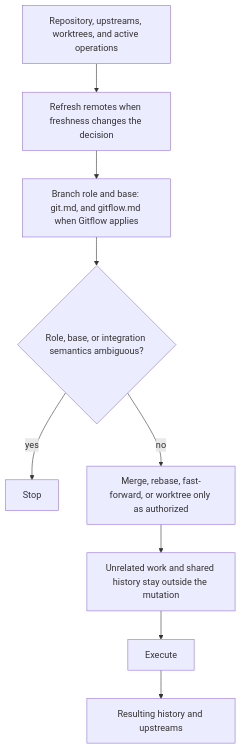
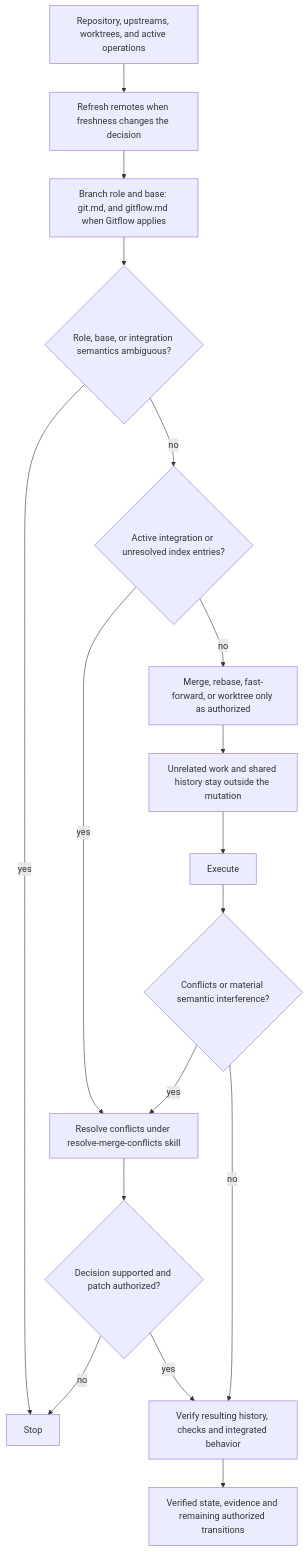
One commit to JadsonLucena/agent-toolkit changed the diagram in contexts/git/skills/manage-branch-work/SKILL.md. Above: the diagram before and after it, drawn with Mermaid. The commit also changed other lines of this file and 7 other files, not shown here.

````diff
--- a/contexts/git/skills/manage-branch-work/SKILL.md
+++ b/contexts/git/skills/manage-branch-work/SKILL.md
@@ -32,10 +34,18 @@
 ```mermaid
 flowchart TD
     Inspect["Repository, upstreams, worktrees, and active operations"] --> Refresh["Refresh remotes when freshness changes the decision"]
     Refresh --> Role["Branch role and base: git.md, and gitflow.md when Gitflow applies"]
     Role --> Ask{"Role, base, or integration semantics ambiguous?"}
     Ask -->|yes| Stop
-    Ask -->|no| Strategy["Merge, rebase, fast-forward, or worktree only as authorized"]
+    Ask -->|no| Active{"Active integration or unresolved index entries?"}
+    Active -->|yes| Resolve["Resolve conflicts under resolve-merge-conflicts skill"]
+    Active -->|no| Strategy["Merge, rebase, fast-forward, or worktree only as authorized"]
     Strategy --> Protect["Unrelated work and shared history stay outside the mutation"]
-    Protect --> Execute --> Result["Resulting history and upstreams"]
+    Protect --> Execute --> Interference{"Conflicts or material semantic interference?"}
+    Interference -->|yes| Resolve
+    Interference -->|no| Verify["Verify resulting history, checks and integrated behavior"]
+    Resolve --> Assessment{"Decision supported and patch authorized?"}
+    Assessment -->|no| Stop
+    Assessment -->|yes| Verify
+    Verify --> Result["Verified state, evidence and remaining authorized transitions"]
 ```
````
